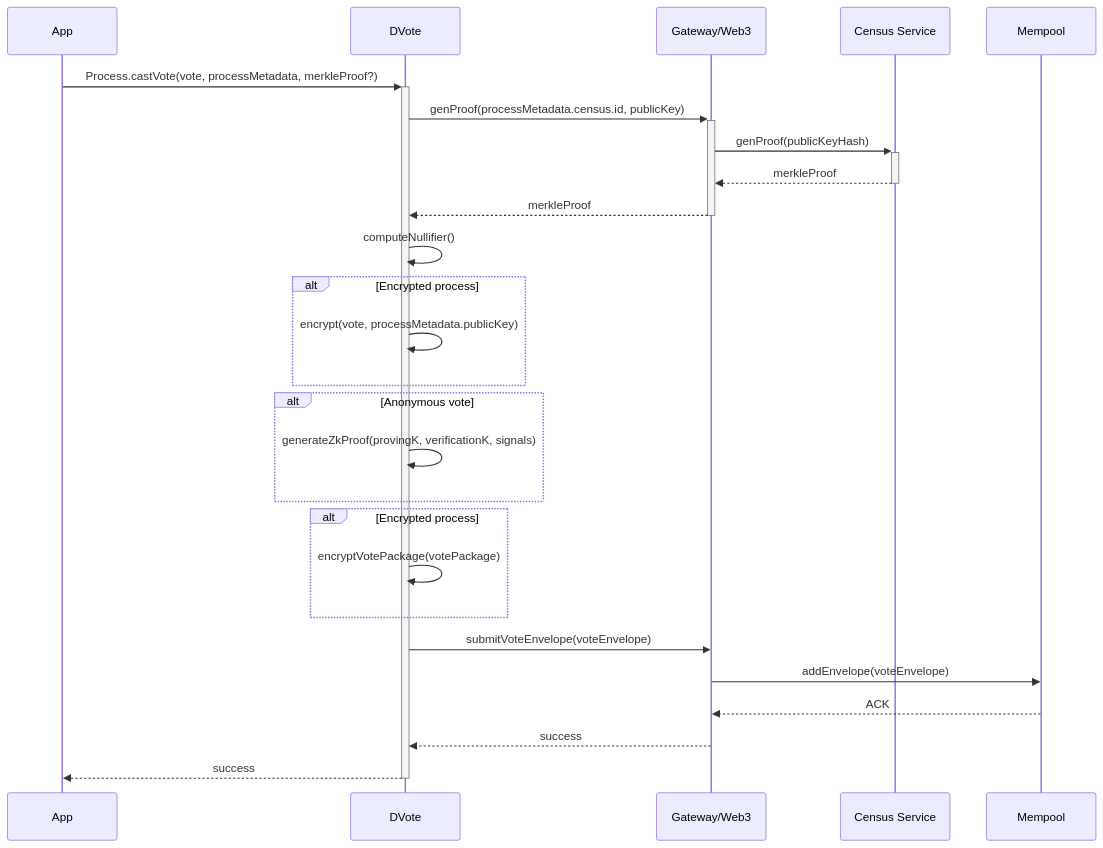
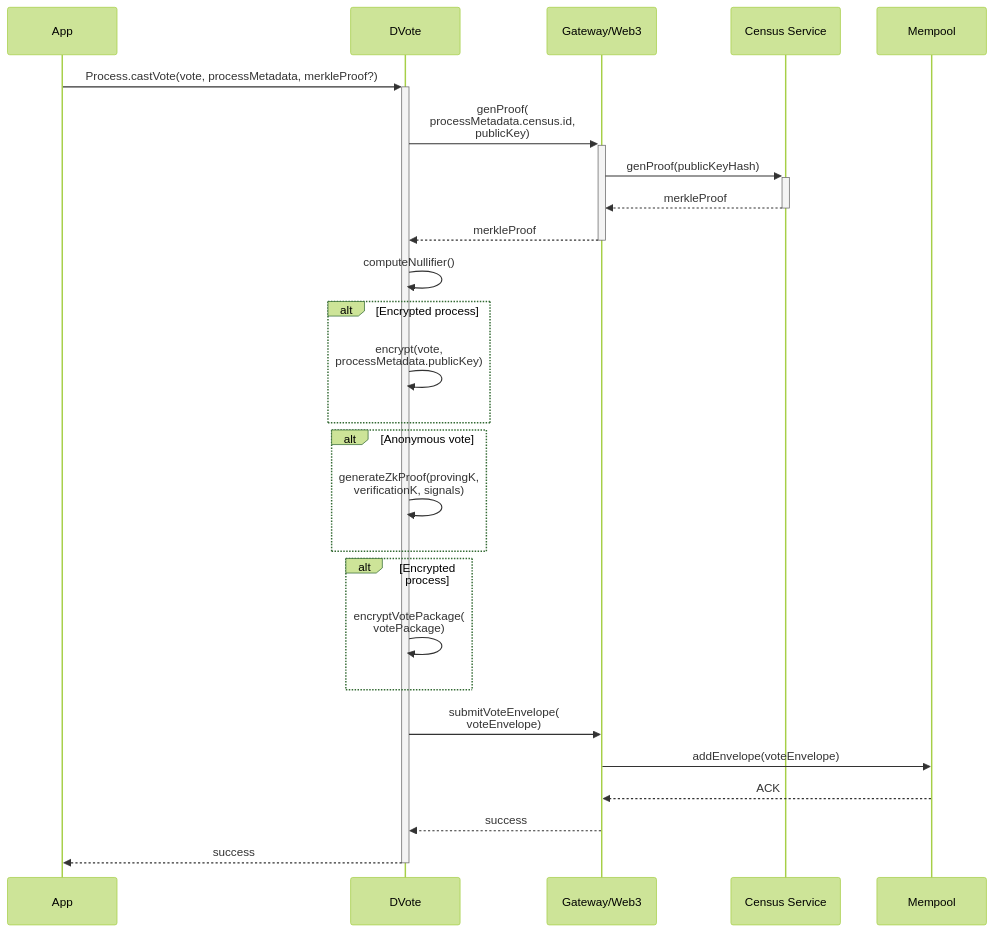
The seventh of 10 diagrams in src/architecture/sequence-diagrams.md (vocdoni/docs), drawn with Mermaid before and after one commit. The commit also changed other lines of this file and 1 other file, not shown here.

Commit message:
Improve mermaid sequence diagrams

````diff
--- a/src/architecture/sequence-diagrams.md
+++ b/src/architecture/sequence-diagrams.md
@@ -269,41 +272,42 @@
 ```mermaid
+%%{init: {'theme':'forest'}}%%
 sequenceDiagram
 
     participant App
     participant DV as DVote
     participant GW as Gateway/Web3
     participant CS as Census Service
     participant MP as Mempool
 
     App->>+DV: Process.castVote(vote, processMetadata, merkleProof?)
 
-        DV->>+GW: genProof(processMetadata.census.id, publicKey)
+        DV->>+GW: genProof(<br/>processMetadata.census.id,<br/> publicKey)
 
             GW->>+CS: genProof(publicKeyHash)
             CS-->>-GW: merkleProof
 
         GW-->>-DV: merkleProof
 
         DV->>DV: computeNullifier()
 
         alt Encrypted process
-            DV->>DV: encrypt(vote, processMetadata.publicKey)
+            DV->>DV: encrypt(vote,<br/> processMetadata.publicKey)
         end
 
         alt Anonymous vote
-            DV->>DV: generateZkProof(provingK, verificationK, signals)
+            DV->>DV: generateZkProof(provingK,<br/> verificationK, signals)
         end
 
         alt Encrypted process
-            DV->>DV: encryptVotePackage(votePackage)
+            DV->>DV: encryptVotePackage(<br/>votePackage)
         end
 
-        DV->>GW: submitVoteEnvelope(voteEnvelope)
+        DV->>GW: submitVoteEnvelope(<br/>voteEnvelope)
 
             GW->>MP: addEnvelope(voteEnvelope)
             MP-->>GW: ACK
 
         GW-->>DV: success
 
     DV-->>-App: success
 ```
````
